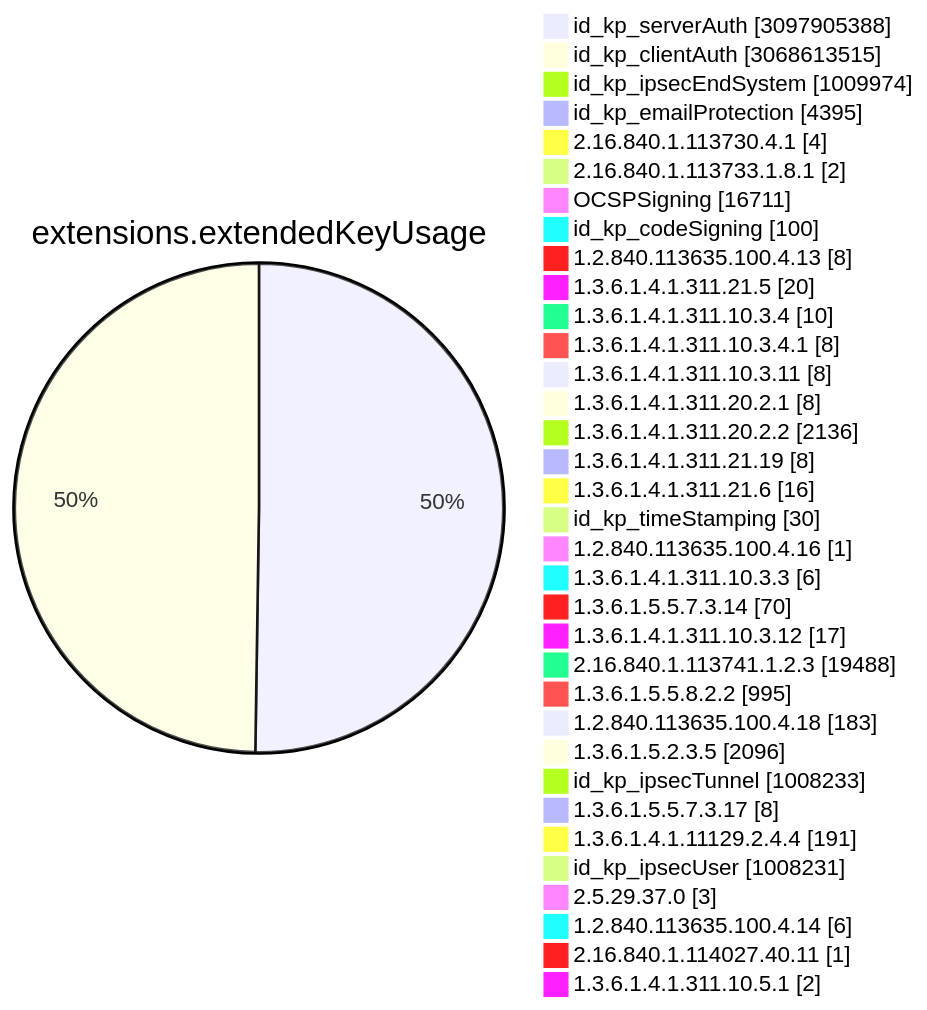
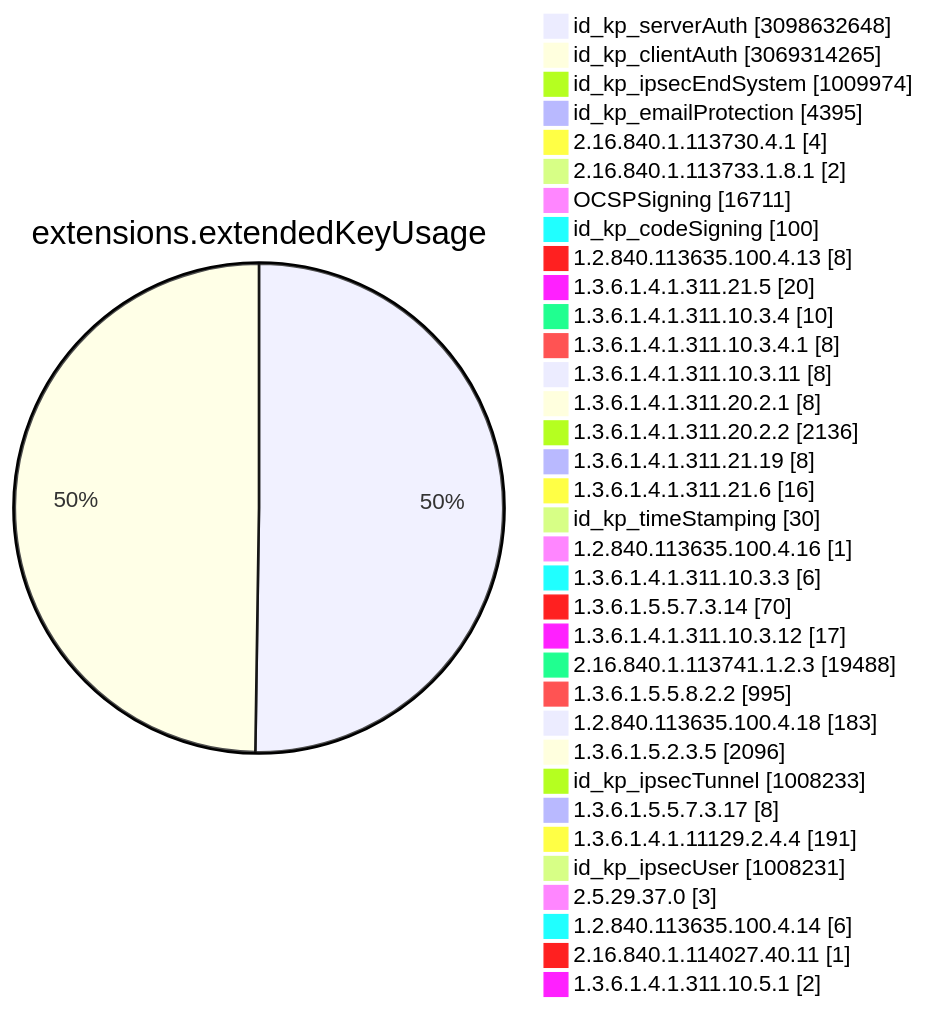
Diagram 11 of 15 in TOTAL/README.md (christiankrug/ctmonitor_visualization), drawn with Mermaid before and after one commit. The commit also changed other lines of this file, not shown here.

````diff
--- a/TOTAL/README.md
+++ b/TOTAL/README.md
@@ -4119,38 +4119,38 @@
 ```mermaid
 pie showData
 title extensions.extendedKeyUsage
-"id_kp_serverAuth" :3097905388
-"id_kp_clientAuth" :3068613515
+"id_kp_serverAuth" :3098632648
+"id_kp_clientAuth" :3069314265
 "id_kp_ipsecEndSystem" :1009974
 "id_kp_emailProtection" :4395
 "2.16.840.1.113730.4.1" :4
 "2.16.840.1.113733.1.8.1" :2
 "OCSPSigning" :16711
 "id_kp_codeSigning" :100
 "1.2.840.113635.100.4.13" :8
 "1.3.6.1.4.1.311.21.5" :20
 "1.3.6.1.4.1.311.10.3.4" :10
 "1.3.6.1.4.1.311.10.3.4.1" :8
 "1.3.6.1.4.1.311.10.3.11" :8
 "1.3.6.1.4.1.311.20.2.1" :8
 "1.3.6.1.4.1.311.20.2.2" :2136
 "1.3.6.1.4.1.311.21.19" :8
 "1.3.6.1.4.1.311.21.6" :16
 "id_kp_timeStamping" :30
 "1.2.840.113635.100.4.16" :1
 "1.3.6.1.4.1.311.10.3.3" :6
 "1.3.6.1.5.5.7.3.14" :70
 "1.3.6.1.4.1.311.10.3.12" :17
 "2.16.840.1.113741.1.2.3" :19488
 "1.3.6.1.5.5.8.2.2" :995
 "1.2.840.113635.100.4.18" :183
 "1.3.6.1.5.2.3.5" :2096
 "id_kp_ipsecTunnel" :1008233
 "1.3.6.1.5.5.7.3.17" :8
 "1.3.6.1.4.1.11129.2.4.4" :191
 "id_kp_ipsecUser" :1008231
 "2.5.29.37.0" :3
 "1.2.840.113635.100.4.14" :6
 "2.16.840.1.114027.40.11" :1
 "1.3.6.1.4.1.311.10.5.1" :2
 ```
````
